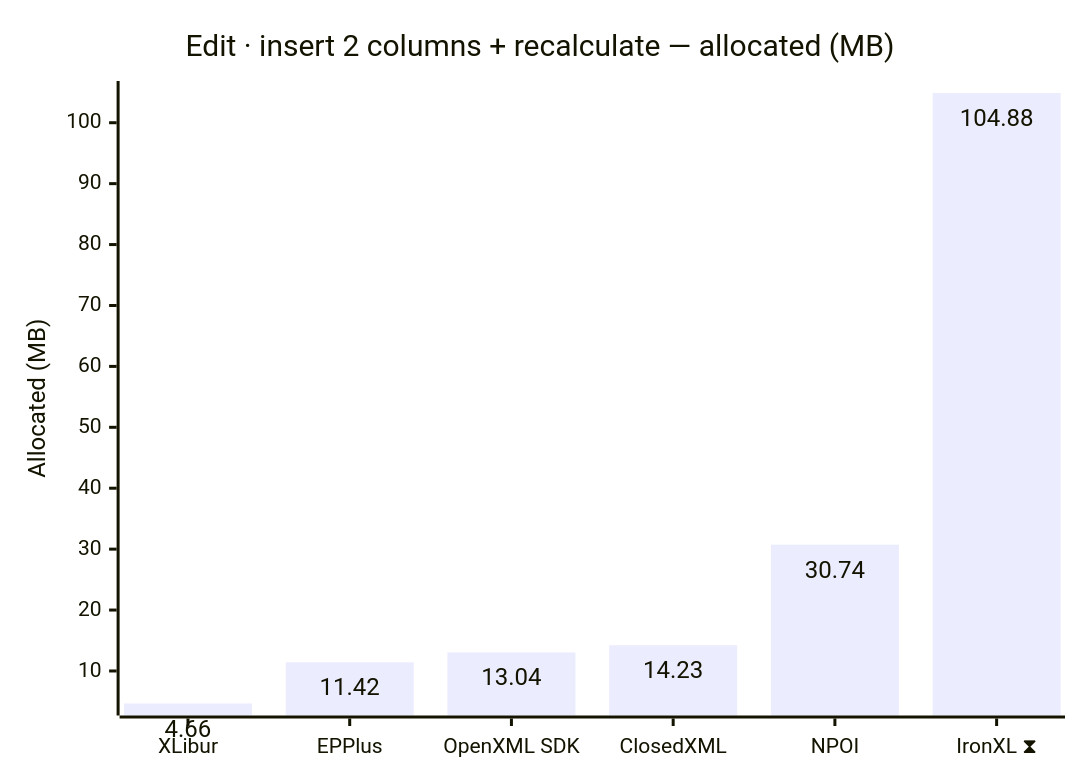
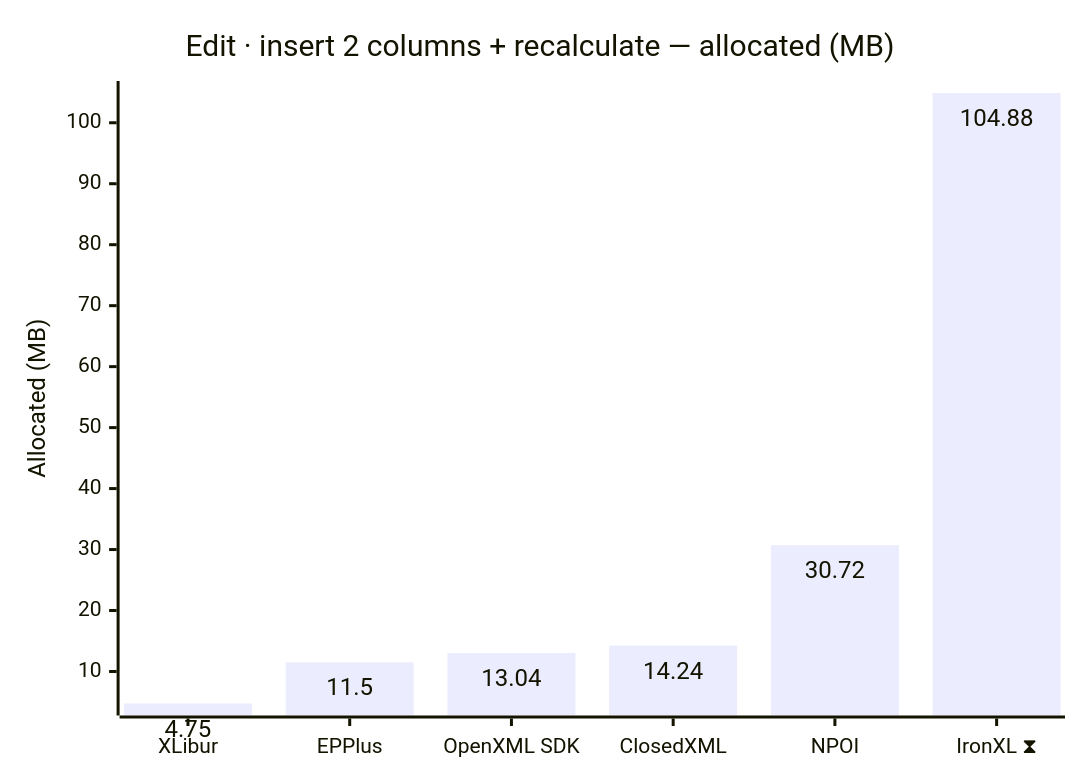
Before and after one commit to jafin/XLBench: diagram 12 of 12 in docs/results-ci.md, drawn with Mermaid. The commit also changed other lines of this file, not shown here.

````diff
--- a/docs/results-ci.md
+++ b/docs/results-ci.md
@@ -184,12 +184,12 @@
 ```mermaid
 ---
 config:
   xyChart:
     showDataLabel: true
 ---
 xychart-beta
     title "Edit · insert 2 columns + recalculate — allocated (MB)"
     x-axis ["XLibur", "EPPlus", "OpenXML SDK", "ClosedXML", "NPOI", "IronXL ⧗"]
     y-axis "Allocated (MB)"
-    bar [4.66, 11.42, 13.04, 14.23, 30.74, 104.88]
+    bar [4.75, 11.5, 13.04, 14.24, 30.72, 104.88]
 ```
````
